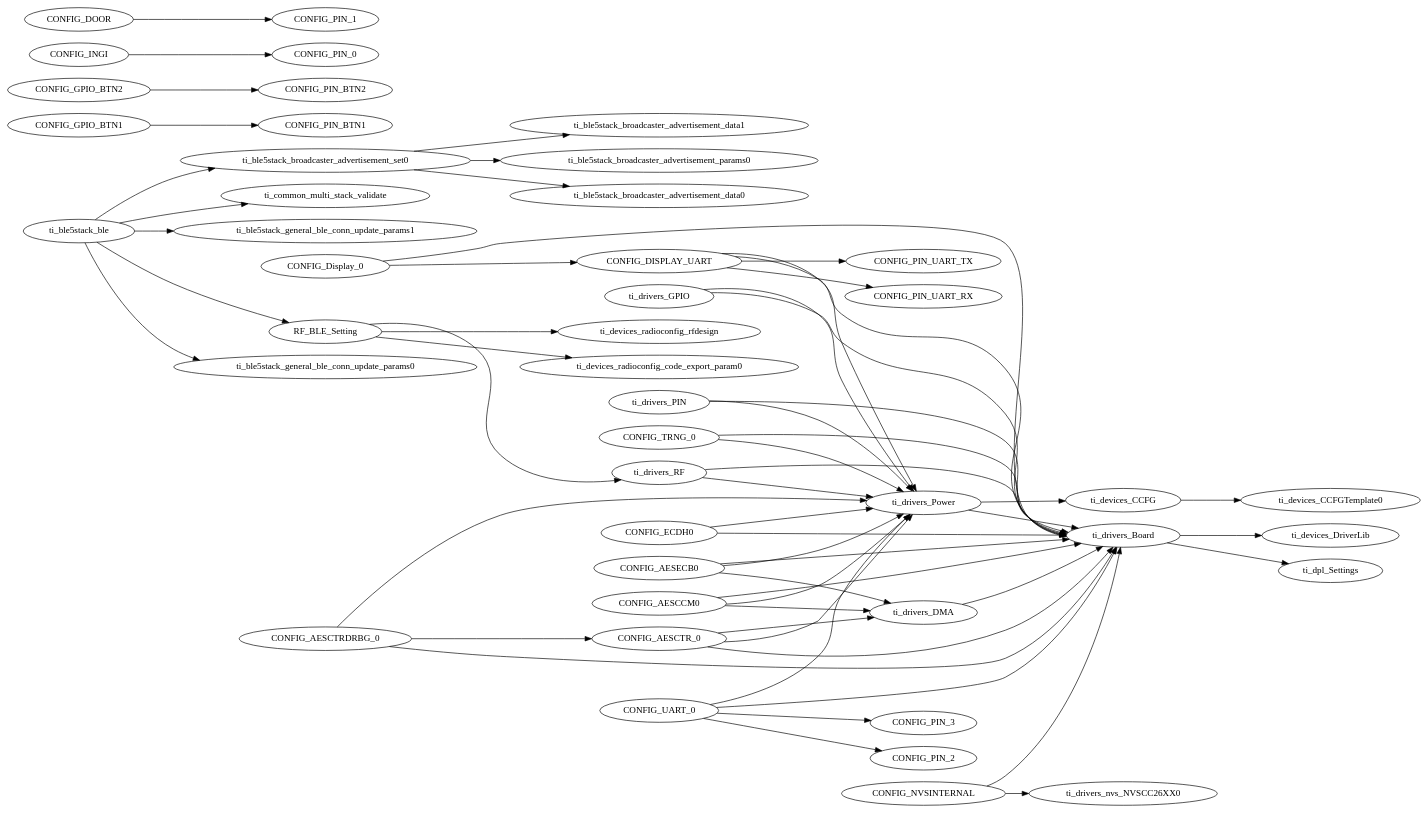
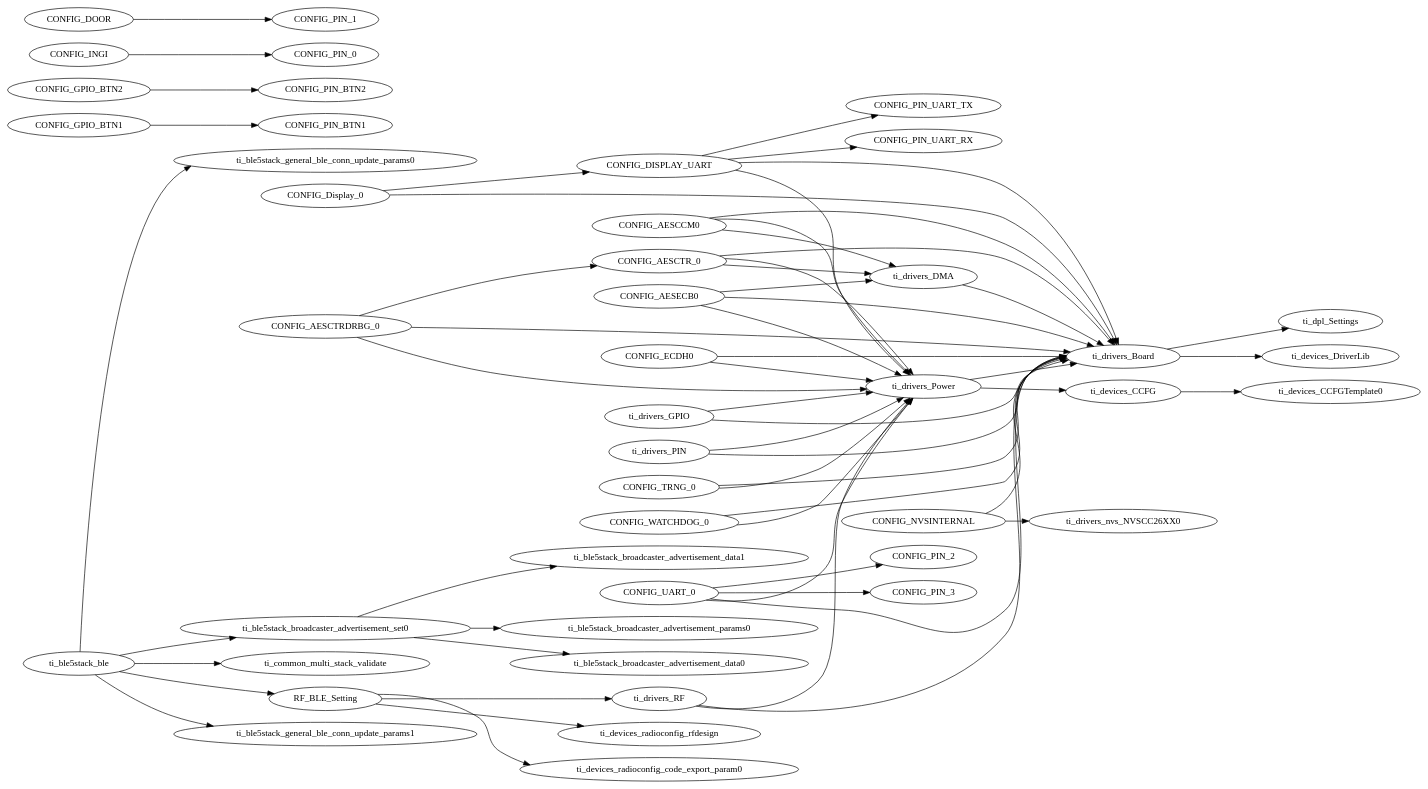
The diagram in src/IS006_OBDII_multi_role_CC13X2R1_LAUNCHXL_tirtos_ccs/Release/syscfg/ti_utils_runtime_model.gv (weliwang/IS006_OBDII), drawn with Graphviz before and after one commit. The commit also changed 9 other files, not shown here.

```diff
--- a/src/IS006_OBDII_multi_role_CC13X2R1_LAUNCHXL_tirtos_ccs/Release/syscfg/ti_utils_runtime_model.gv
+++ b/src/IS006_OBDII_multi_role_CC13X2R1_LAUNCHXL_tirtos_ccs/Release/syscfg/ti_utils_runtime_model.gv
@@ -1,119 +1,123 @@
 digraph Model
 {
     graph[rankdir=LR]
 
     // mod.$name=/ti/ble5stack/ble
     ti_ble5stack_ble -> ti_common_multi_stack_validate
     ti_ble5stack_ble -> RF_BLE_Setting
     ti_ble5stack_ble -> ti_ble5stack_general_ble_conn_update_params1
     ti_ble5stack_ble -> ti_ble5stack_general_ble_conn_update_params0
     ti_ble5stack_ble -> ti_ble5stack_broadcaster_advertisement_set0
 
     // mod.$name=/ti/ble5stack/broadcaster/advertisement_data
 
     // mod.$name=/ti/ble5stack/broadcaster/advertisement_params
 
     // mod.$name=/ti/ble5stack/broadcaster/advertisement_set
     ti_ble5stack_broadcaster_advertisement_set0 -> ti_ble5stack_broadcaster_advertisement_params0
     ti_ble5stack_broadcaster_advertisement_set0 -> ti_ble5stack_broadcaster_advertisement_data0
     ti_ble5stack_broadcaster_advertisement_set0 -> ti_ble5stack_broadcaster_advertisement_data1
 
     // mod.$name=/ti/ble5stack/general/ble_conn_update_params
 
     // mod.$name=/ti/common/multi_stack_validate
 
     // mod.$name=/ti/devices/CCFG
     ti_devices_CCFG -> ti_devices_CCFGTemplate0
 
     // mod.$name=/ti/devices/CCFGTemplate
 
     // mod.$name=/ti/devices/DriverLib
 
     // mod.$name=/ti/devices/radioconfig/code_export_param
 
     // mod.$name=/ti/devices/radioconfig/rfdesign
 
     // mod.$name=/ti/devices/radioconfig/settings/ble
     RF_BLE_Setting -> ti_drivers_RF
     RF_BLE_Setting -> ti_devices_radioconfig_rfdesign
     RF_BLE_Setting -> ti_devices_radioconfig_code_export_param0
 
     // mod.$name=/ti/display/Display
     CONFIG_Display_0 -> ti_drivers_Board
     CONFIG_Display_0 -> CONFIG_DISPLAY_UART
 
     // mod.$name=/ti/dpl/Settings
 
     // mod.$name=/ti/drivers/AESCCM
     CONFIG_AESCCM0 -> ti_drivers_DMA
     CONFIG_AESCCM0 -> ti_drivers_Power
     CONFIG_AESCCM0 -> ti_drivers_Board
 
     // mod.$name=/ti/drivers/AESCTR
     CONFIG_AESCTR_0 -> ti_drivers_DMA
     CONFIG_AESCTR_0 -> ti_drivers_Power
     CONFIG_AESCTR_0 -> ti_drivers_Board
 
     // mod.$name=/ti/drivers/AESCTRDRBG
     CONFIG_AESCTRDRBG_0 -> ti_drivers_Power
     CONFIG_AESCTRDRBG_0 -> ti_drivers_Board
     CONFIG_AESCTRDRBG_0 -> CONFIG_AESCTR_0
 
     // mod.$name=/ti/drivers/AESECB
     CONFIG_AESECB0 -> ti_drivers_DMA
     CONFIG_AESECB0 -> ti_drivers_Power
     CONFIG_AESECB0 -> ti_drivers_Board
 
     // mod.$name=/ti/drivers/Board
     ti_drivers_Board -> ti_devices_DriverLib
     ti_drivers_Board -> ti_dpl_Settings
 
     // mod.$name=/ti/drivers/DMA
     ti_drivers_DMA -> ti_drivers_Board
 
     // mod.$name=/ti/drivers/ECDH
     CONFIG_ECDH0 -> ti_drivers_Power
     CONFIG_ECDH0 -> ti_drivers_Board
 
     // mod.$name=/ti/drivers/GPIO
     ti_drivers_GPIO -> ti_drivers_Power
     ti_drivers_GPIO -> ti_drivers_Board
     CONFIG_GPIO_BTN1 -> CONFIG_PIN_BTN1
     CONFIG_GPIO_BTN2 -> CONFIG_PIN_BTN2
     CONFIG_INGI -> CONFIG_PIN_0
     CONFIG_DOOR -> CONFIG_PIN_1
 
     // mod.$name=/ti/drivers/NVS
     CONFIG_NVSINTERNAL -> ti_drivers_Board
     CONFIG_NVSINTERNAL -> ti_drivers_nvs_NVSCC26XX0
 
     // mod.$name=/ti/drivers/PIN
     ti_drivers_PIN -> ti_drivers_Power
     ti_drivers_PIN -> ti_drivers_Board
 
     // mod.$name=/ti/drivers/Power
     ti_drivers_Power -> ti_devices_CCFG
     ti_drivers_Power -> ti_drivers_Board
 
     // mod.$name=/ti/drivers/RF
     ti_drivers_RF -> ti_drivers_Power
     ti_drivers_RF -> ti_drivers_Board
 
     // mod.$name=/ti/drivers/RTOS
 
     // mod.$name=/ti/drivers/TRNG
     CONFIG_TRNG_0 -> ti_drivers_Power
     CONFIG_TRNG_0 -> ti_drivers_Board
 
     // mod.$name=/ti/drivers/UART
     CONFIG_DISPLAY_UART -> ti_drivers_Power
     CONFIG_DISPLAY_UART -> ti_drivers_Board
     CONFIG_UART_0 -> ti_drivers_Power
     CONFIG_UART_0 -> ti_drivers_Board
     CONFIG_DISPLAY_UART -> CONFIG_PIN_UART_TX
     CONFIG_DISPLAY_UART -> CONFIG_PIN_UART_RX
     CONFIG_UART_0 -> CONFIG_PIN_2
     CONFIG_UART_0 -> CONFIG_PIN_3
 
+    // mod.$name=/ti/drivers/Watchdog
+    CONFIG_WATCHDOG_0 -> ti_drivers_Power
+    CONFIG_WATCHDOG_0 -> ti_drivers_Board
+
     // mod.$name=/ti/drivers/nvs/NVSCC26XX
 }
```
